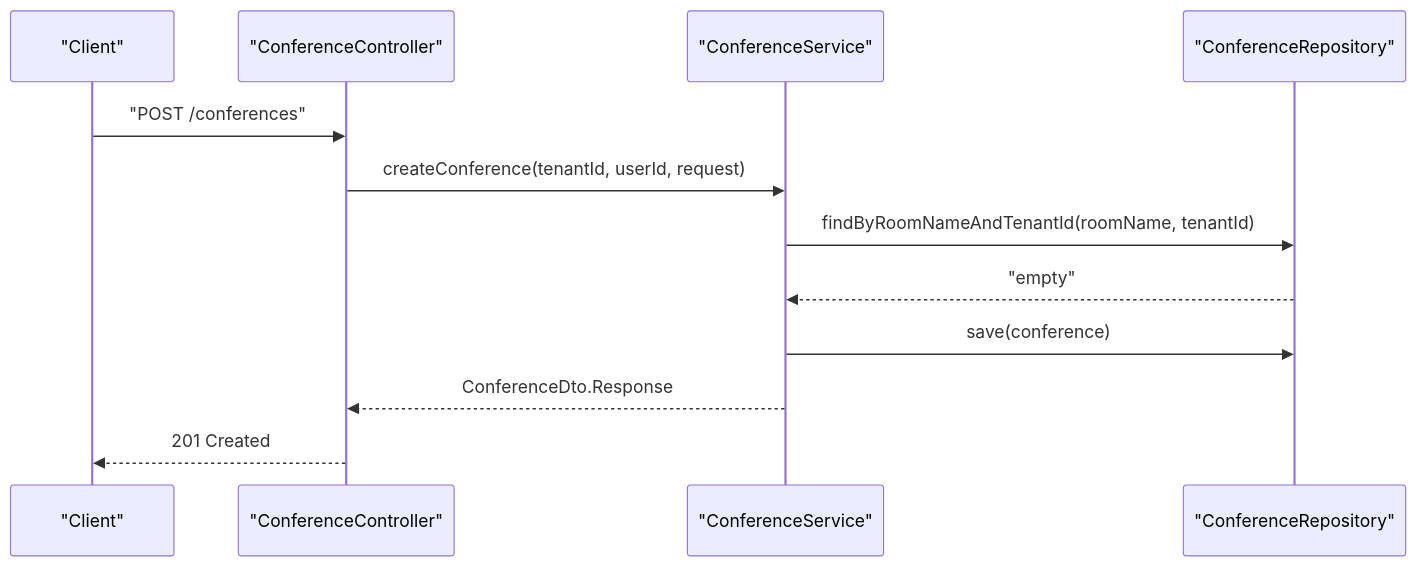
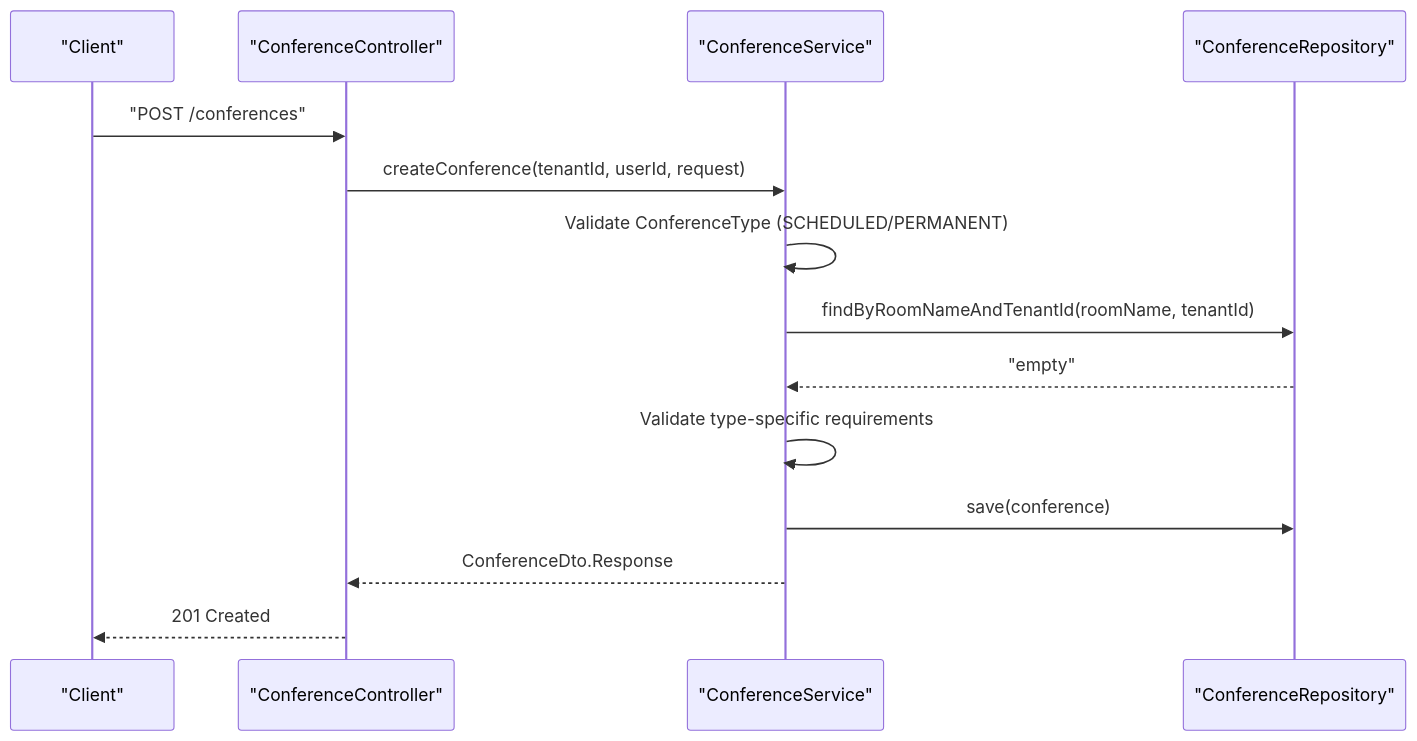
Before and after one commit to Vostrikov2014/vks-qoder: the fourth of 11 diagrams in .qoder/repowiki/en/content/Backend Modules/Application Layer/Service Implementations.md, drawn with Mermaid. The commit also changed other lines of this file and 12 other files, not shown here.

````diff
--- a/.qoder/repowiki/en/content/Backend Modules/Application Layer/Service Implementations.md
+++ b/.qoder/repowiki/en/content/Backend Modules/Application Layer/Service Implementations.md
@@ -259,14 +279,16 @@
 ```mermaid
 sequenceDiagram
 participant Client as "Client"
 participant Controller as "ConferenceController"
 participant Service as "ConferenceService"
 participant Repo as "ConferenceRepository"
 Client->>Controller : "POST /conferences"
 Controller->>Service : createConference(tenantId, userId, request)
+Service->>Service : Validate ConferenceType (SCHEDULED/PERMANENT)
 Service->>Repo : findByRoomNameAndTenantId(roomName, tenantId)
 Repo-->>Service : "empty"
+Service->>Service : Validate type-specific requirements
 Service->>Repo : save(conference)
 Service-->>Controller : ConferenceDto.Response
 Controller-->>Client : 201 Created
 ```
````
